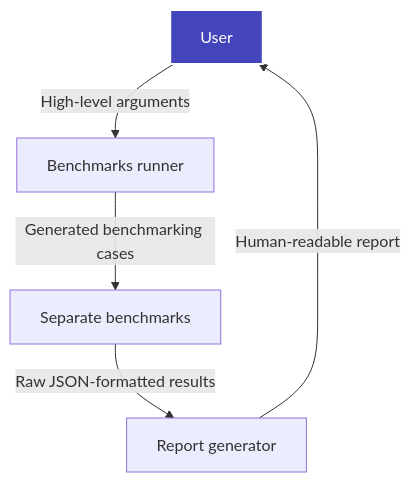
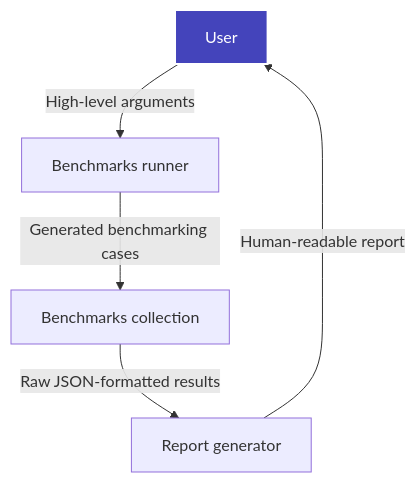
One commit to IntelPython/scikit-learn_bench changed the diagram in README.md. Above: the diagram before and after it, drawn with Mermaid. The commit also changed other lines of this file and 33 other files, not shown here.

````diff
--- a/README.md
+++ b/README.md
@@ -70,10 +82,10 @@
 ```mermaid
 flowchart TB
     A[User] -- High-level arguments --> B[Benchmarks runner]
-    B -- Generated benchmarking cases --> C[Separate benchmarks]
+    B -- Generated benchmarking cases --> C["Benchmarks collection"]
     C -- Raw JSON-formatted results --> D[Report generator]
     D -- Human-readable report --> A
 
     classDef userStyle fill:#44b,color:white,stroke-width:2px,stroke:white;
     class A userStyle
 ```
````
